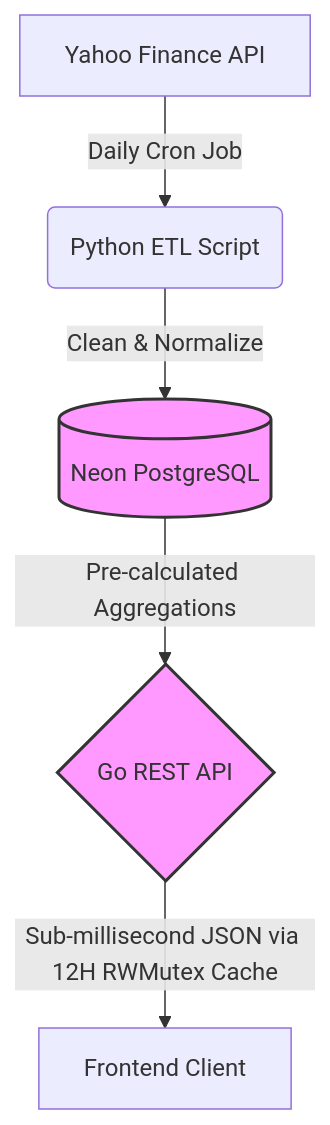
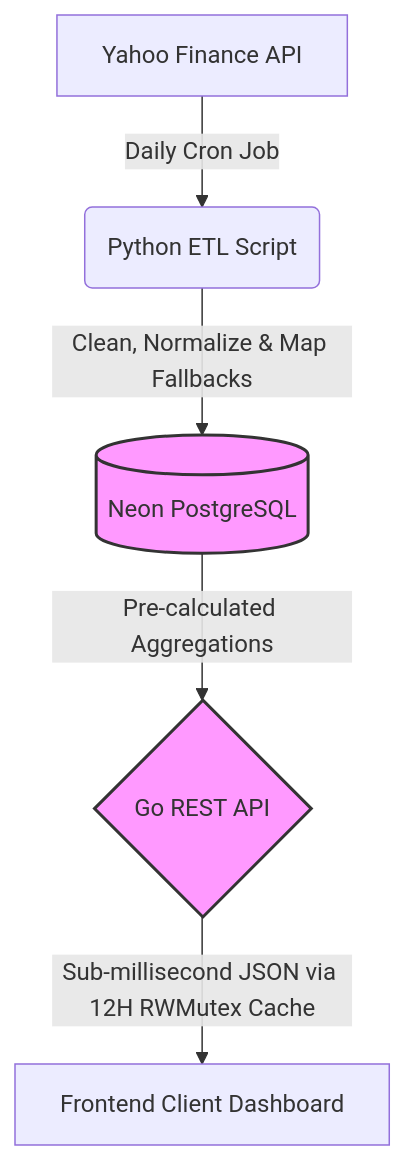
The diagram in Readme.md (adityarepos/factsheet), drawn with Mermaid before and after one commit. The commit also changed other lines of this file, not shown here.

````diff
--- a/Readme.md
+++ b/Readme.md
@@ -9,10 +9,10 @@
 ```mermaid
 graph TD
     A[Yahoo Finance API] -->|Daily Cron Job| B(Python ETL Script)
-    B -->|Clean & Normalize| C[(Neon PostgreSQL)]
+    B -->|Clean, Normalize & Map Fallbacks| C[(Neon PostgreSQL)]
     C -->|Pre-calculated Aggregations| D{Go REST API}
-    D -->|Sub-millisecond JSON via 12H RWMutex Cache| E[Frontend Client]
+    D -->|Sub-millisecond JSON via 12H RWMutex Cache| E[Frontend Client Dashboard]
     
     classDef cloud fill:#f9f,stroke:#333,stroke-width:2px;
     class C,D cloud;
 ```
````
